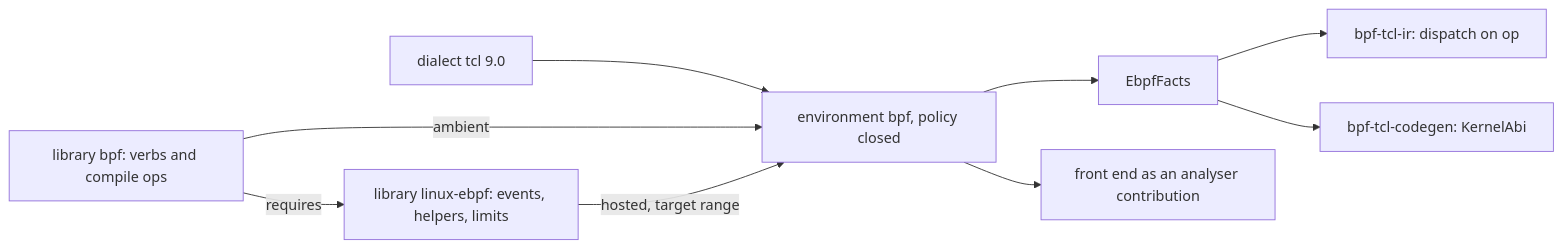
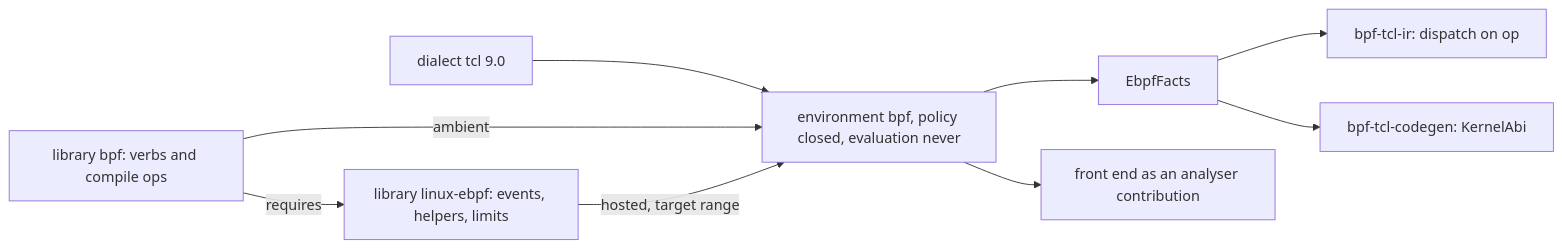
The third of 3 diagrams in docs/design/registry/spectcl-3/08-domains.md (bitwisecook/tcl-lsp), drawn with Mermaid before and after one commit. The commit also changed other lines of this file and 10 other files, not shown here.

````diff
--- a/docs/design/registry/spectcl-3/08-domains.md
+++ b/docs/design/registry/spectcl-3/08-domains.md
@@ -279,11 +319,11 @@
 ```mermaid
 flowchart LR
-  tcl["dialect tcl 9.0"] --> env["environment bpf, policy closed"]
+  tcl["dialect tcl 9.0"] --> env["environment bpf, policy closed, evaluation never"]
   bpfLib["library bpf: verbs and compile ops"] -- ambient --> env
   kern["library linux-ebpf: events, helpers, limits"] -- "hosted, target range" --> env
   bpfLib -- requires --> kern
   env --> facts["EbpfFacts"]
   facts --> ir["bpf-tcl-ir: dispatch on op"]
   facts --> cg["bpf-tcl-codegen: KernelAbi"]
   env --> contrib["front end as an analyser contribution"]
 ```
````
